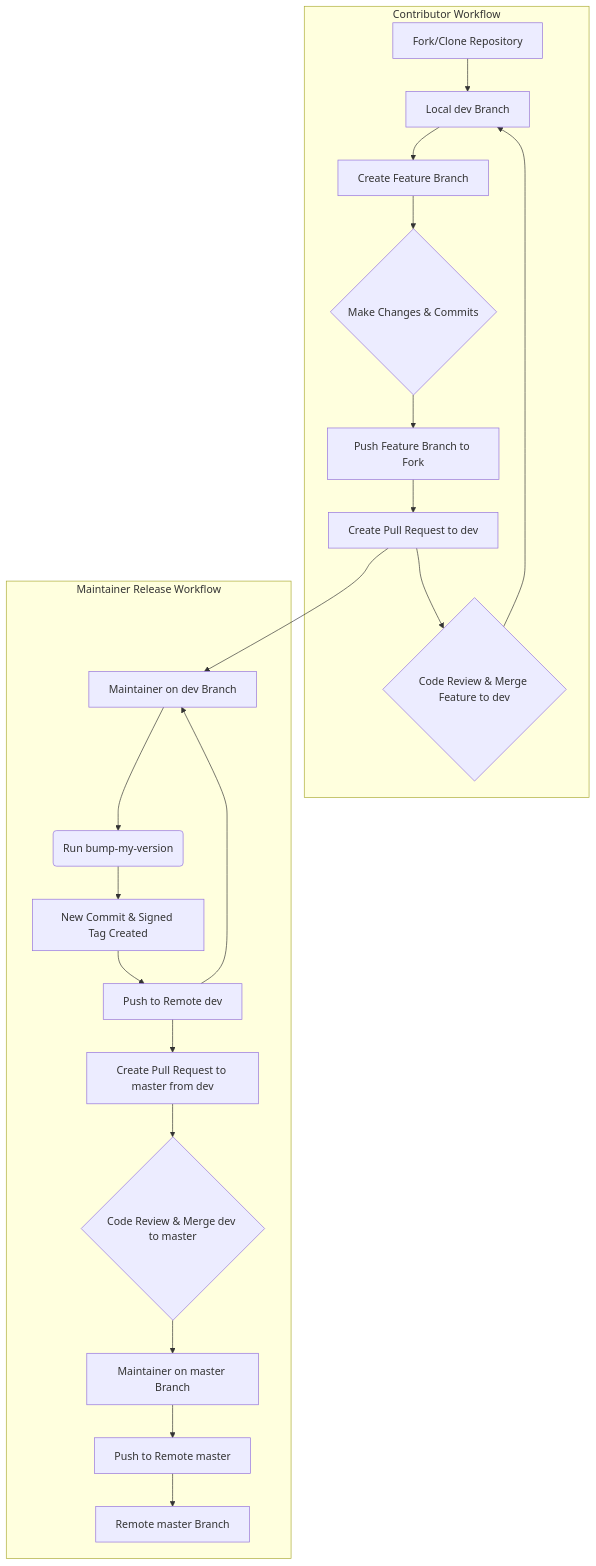
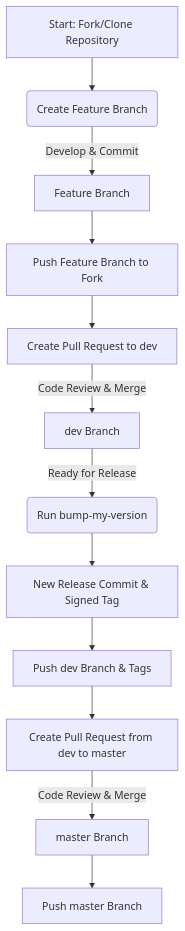
Before and after one commit to zv09/TelegramDialogsMirror: the diagram in CONTRIBUTING.md, drawn with Mermaid. The commit also changed other lines of this file, not shown here.

Commit message:
docs: Simplify and fix Mermaid diagram in CONTRIBUTING.md
Simplified the development workflow diagram in CONTRIBUTING.md to ensure correct rendering on GitHub and clearer illustration of the dev branch workflow and master merge process.

````diff
--- a/CONTRIBUTING.md
+++ b/CONTRIBUTING.md
@@ -379,26 +379,15 @@
 ```mermaid
 graph TD
-    subgraph Contributor Workflow
-        A[Fork/Clone Repository] --> B[Local dev Branch];
-        B --> C[Create Feature Branch];
-        C --> D{Make Changes & Commits};
-        D --> E[Push Feature Branch to Fork];
-        E --> F[Create Pull Request to dev];
-        F --> G{Code Review & Merge Feature to dev};
-        G --> B;
-    end
+    A[Start: Fork/Clone Repository] --> B(Create Feature Branch);
+    B -- Develop & Commit --> C[Feature Branch];
+    C --> D[Push Feature Branch to Fork];
+    D --> E[Create Pull Request to dev];
+    E -- Code Review & Merge --> F[dev Branch];
 
-    subgraph Maintainer Release Workflow
-        H[Maintainer on dev Branch] --> I(Run bump-my-version);
-        I --> J[New Commit & Signed Tag Created];
-        J --> K[Push to Remote dev];
-        K --> L[Create Pull Request to master from dev];
-        L --> M{Code Review & Merge dev to master};
-        M --> N[Maintainer on master Branch];
-        N --> O[Push to Remote master];
-        O --> P[Remote master Branch];
-    end
-
-    F --> H;
-    K --> H;
+    F -- Ready for Release --> G(Run bump-my-version);
+    G --> H[New Release Commit & Signed Tag];
+    H --> I[Push dev Branch & Tags];
+    I --> J[Create Pull Request from dev to master];
+    J -- Code Review & Merge --> K[master Branch];
+    K --> L[Push master Branch];
 ```
````
